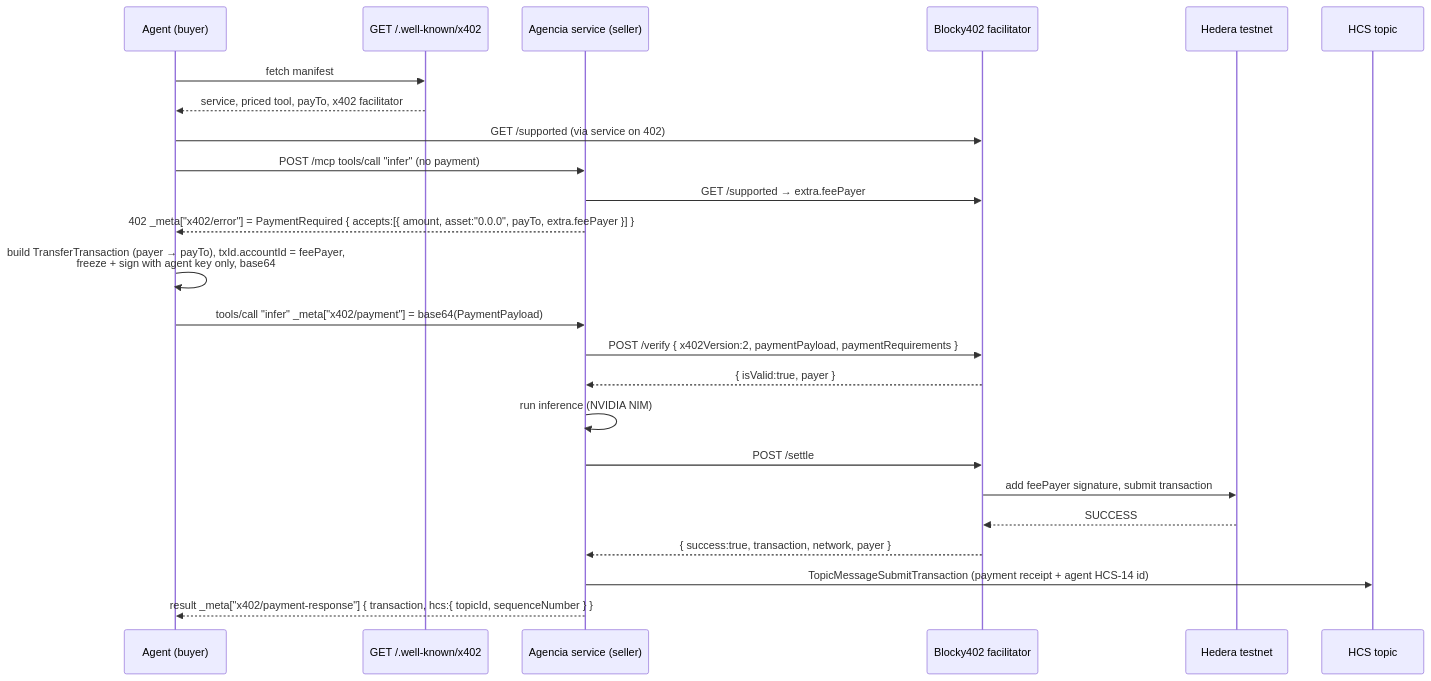
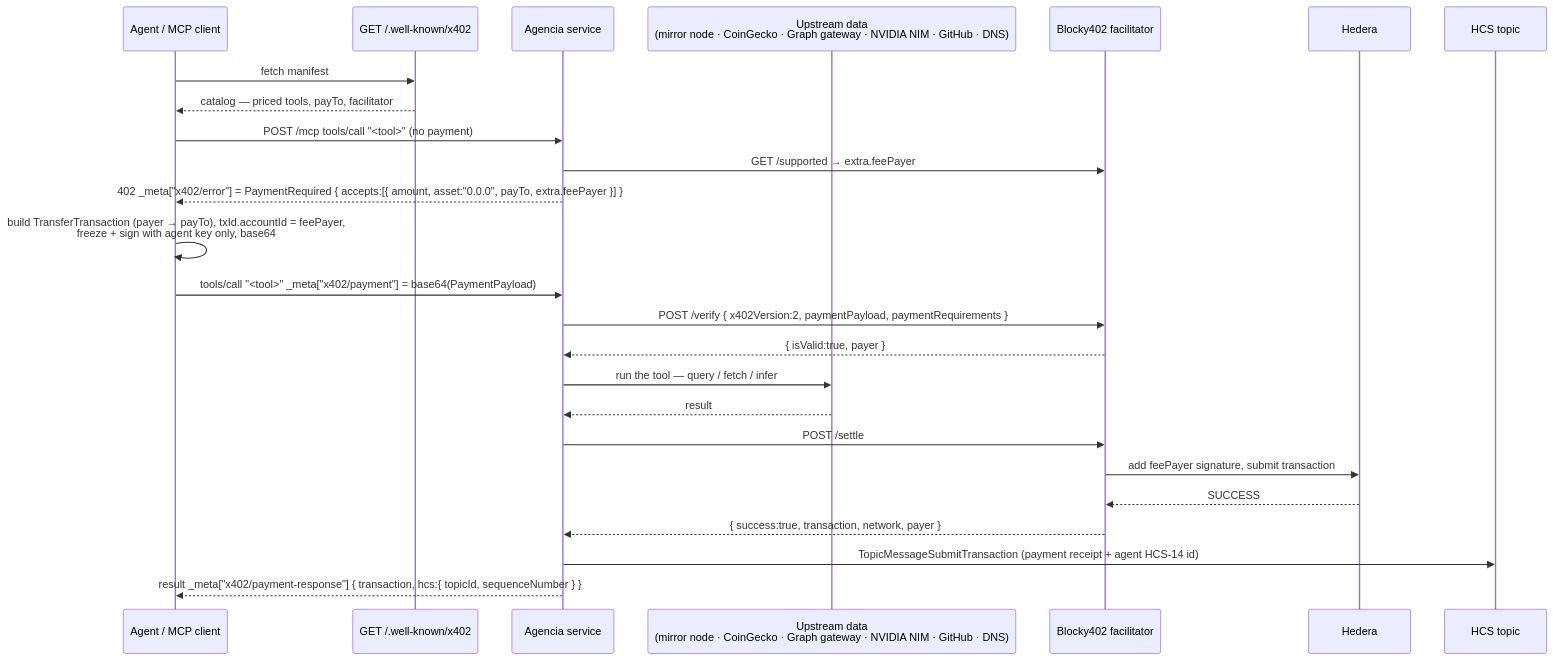
The diagram in README.md (daiwikmh/agencia), drawn with Mermaid before and after one commit. The commit also changed other lines of this file and 29 other files, not shown here.

````diff
--- a/README.md
+++ b/README.md
@@ -13,27 +88,28 @@
 ```mermaid
 sequenceDiagram
-  participant A as Agent (buyer)
+  participant A as Agent / MCP client
   participant M as GET /.well-known/x402
-  participant S as Agencia service (seller)
+  participant S as Agencia service
+  participant D as Upstream data<br/>(mirror node · CoinGecko · Graph gateway · NVIDIA NIM · GitHub · DNS)
   participant F as Blocky402 facilitator
-  participant H as Hedera testnet
+  participant H as Hedera
   participant T as HCS topic
 
   A->>M: fetch manifest
-  M-->>A: service, priced tool, payTo, x402 facilitator
-  A->>F: GET /supported  (via service on 402)
-  A->>S: POST /mcp  tools/call "infer"  (no payment)
+  M-->>A: catalog — priced tools, payTo, facilitator
+  A->>S: POST /mcp  tools/call "<tool>"  (no payment)
   S->>F: GET /supported  → extra.feePayer
   S-->>A: 402  _meta["x402/error"] = PaymentRequired { accepts:[{ amount, asset:"0.0.0", payTo, extra.feePayer }] }
   A->>A: build TransferTransaction (payer → payTo), txId.accountId = feePayer,<br/>freeze + sign with agent key only, base64
-  A->>S: tools/call "infer"  _meta["x402/payment"] = base64(PaymentPayload)
+  A->>S: tools/call "<tool>"  _meta["x402/payment"] = base64(PaymentPayload)
   S->>F: POST /verify  { x402Version:2, paymentPayload, paymentRequirements }
   F-->>S: { isValid:true, payer }
-  S->>S: run inference (NVIDIA NIM)
+  S->>D: run the tool — query / fetch / infer
+  D-->>S: result
   S->>F: POST /settle
   F->>H: add feePayer signature, submit transaction
   H-->>F: SUCCESS
   F-->>S: { success:true, transaction, network, payer }
   S->>T: TopicMessageSubmitTransaction (payment receipt + agent HCS-14 id)
   S-->>A: result  _meta["x402/payment-response"] { transaction, hcs:{ topicId, sequenceNumber } }
 ```
````
